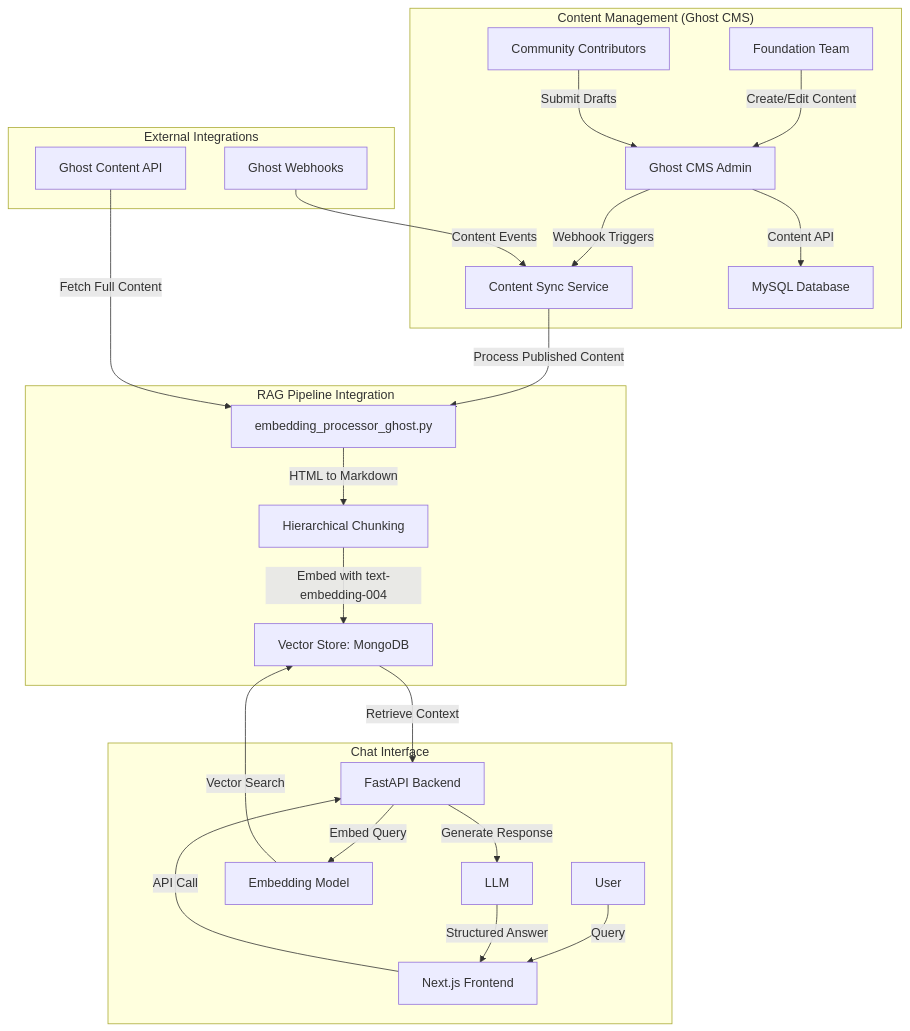
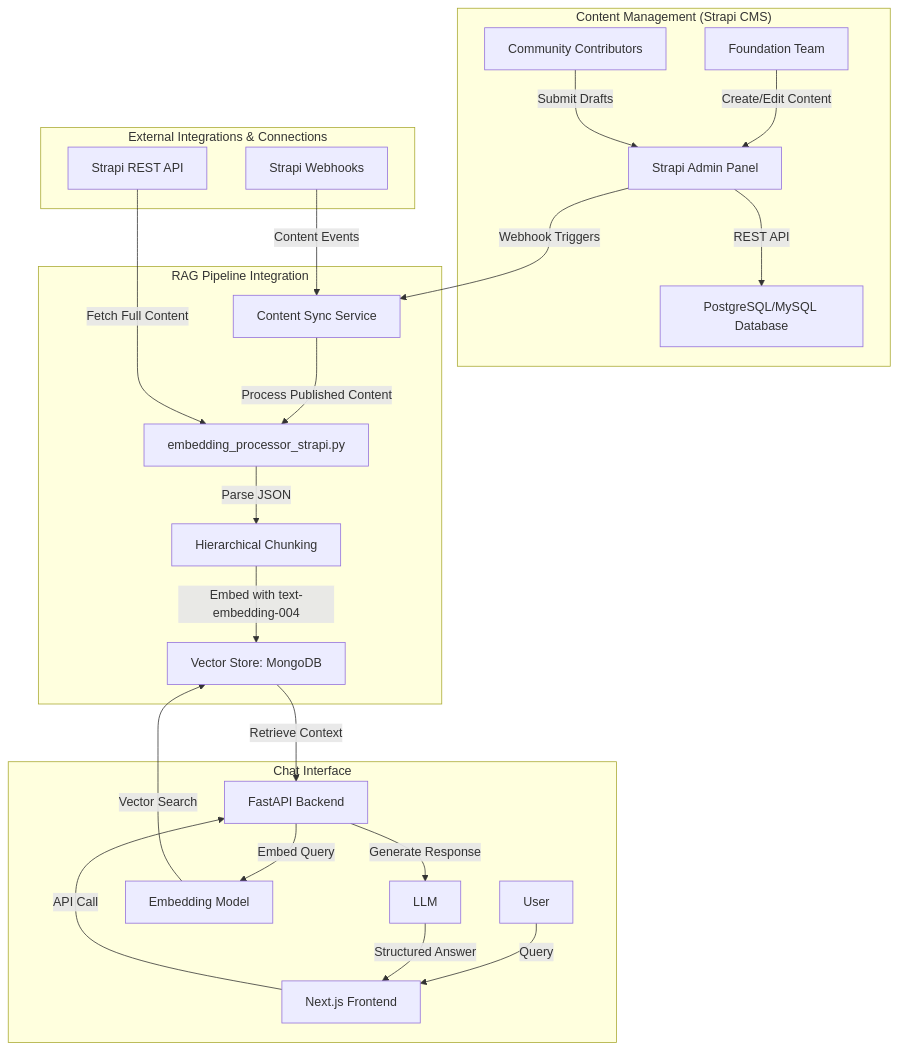
Before and after one commit to IndigoNakamoto/Litecoin-Knowledge-Hub: the diagram in README.md, drawn with Mermaid. The commit also changed other lines of this file and 1 other file, not shown here.

First line of the commit message:
docs: Update README and milestone for Strapi pivot

````diff
--- a/README.md
+++ b/README.md
@@ -121,30 +121,49 @@
 ```mermaid
 graph TD
-    subgraph "Content Management (Ghost CMS)"
-        A[Foundation Team] -->|Create/Edit Content| B[Ghost CMS Admin]
-        C[Community Contributors] -->|Submit Drafts| B
-        B -->|Webhook Triggers| D[Content Sync Service]
-        B -->|Content API| E[MySQL Database]
+    subgraph "Content Management (Strapi CMS)"
+        A[Foundation Team]
+        C[Community Contributors]
+        B[Strapi Admin Panel]
+        E[PostgreSQL/MySQL Database]
+        
+        A -->|Create/Edit Content| B
+        C -->|Submit Drafts| B
+        B -->|REST API| E
     end
 
     subgraph "RAG Pipeline Integration"
-        D -->|Process Published Content| F[embedding_processor_ghost.py]
-        F -->|HTML to Markdown| G[Hierarchical Chunking]
-        G -->|Embed with text-embedding-004| H[Vector Store: MongoDB]
+        D[Content Sync Service]
+        F[embedding_processor_strapi.py]
+        G[Hierarchical Chunking]
+        H[Vector Store: MongoDB]
+        
+        D -->|Process Published Content| F
+        F -->|Parse JSON| G
+        G -->|Embed with text-embedding-004| H
     end
 
     subgraph "Chat Interface"
-        I[User] -->|Query| J[Next.js Frontend]
-        J -->|API Call| K[FastAPI Backend]
-        K -->|Embed Query| L[Embedding Model]
+        I[User]
+        J[Next.js Frontend]
+        K[FastAPI Backend]
+        L[Embedding Model]
+        M[LLM]
+        
+        I -->|Query| J
+        J -->|API Call| K
+        K -->|Embed Query| L
         L -->|Vector Search| H
         H -->|Retrieve Context| K
-        K -->|Generate Response| M[LLM]
+        K -->|Generate Response| M
         M -->|Structured Answer| J
     end
 
-    subgraph "External Integrations"
-        N[Ghost Webhooks] -->|Content Events| D
-        O[Ghost Content API] -->|Fetch Full Content| F
+    subgraph "External Integrations & Connections"
+        N[Strapi Webhooks]
+        O[Strapi REST API]
+        
+        B -->|Webhook Triggers| D
+        N -->|Content Events| D
+        O -->|Fetch Full Content| F
     end
 ```
````
